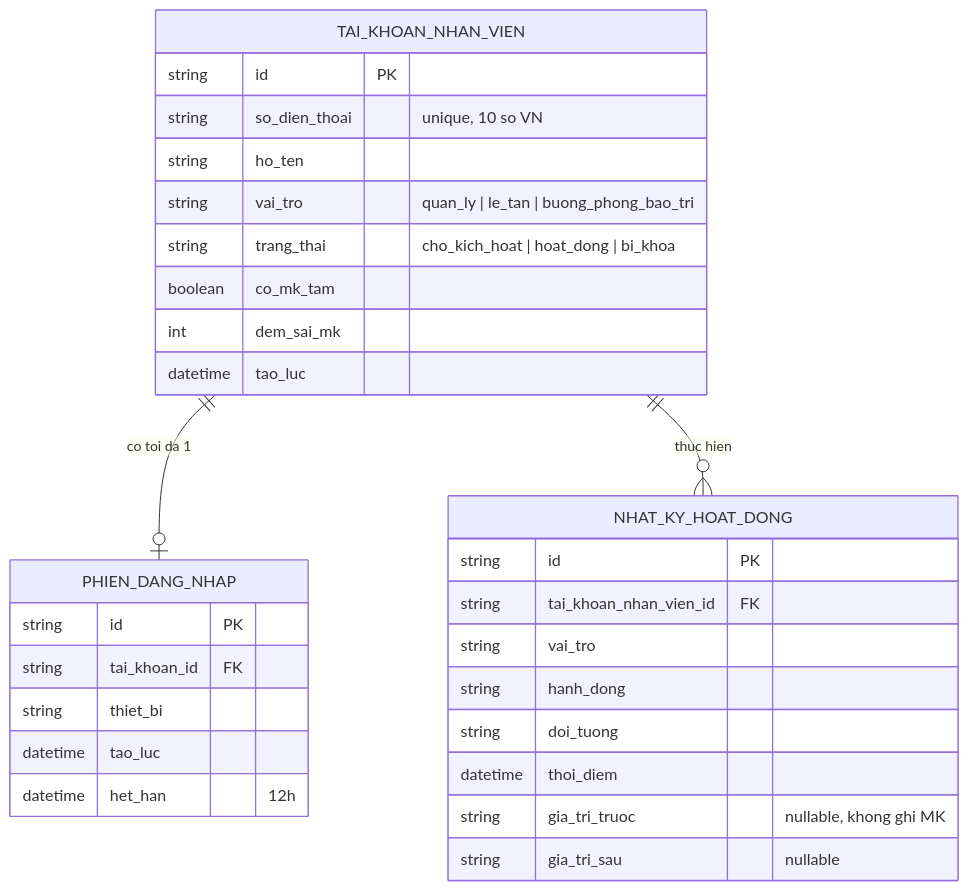
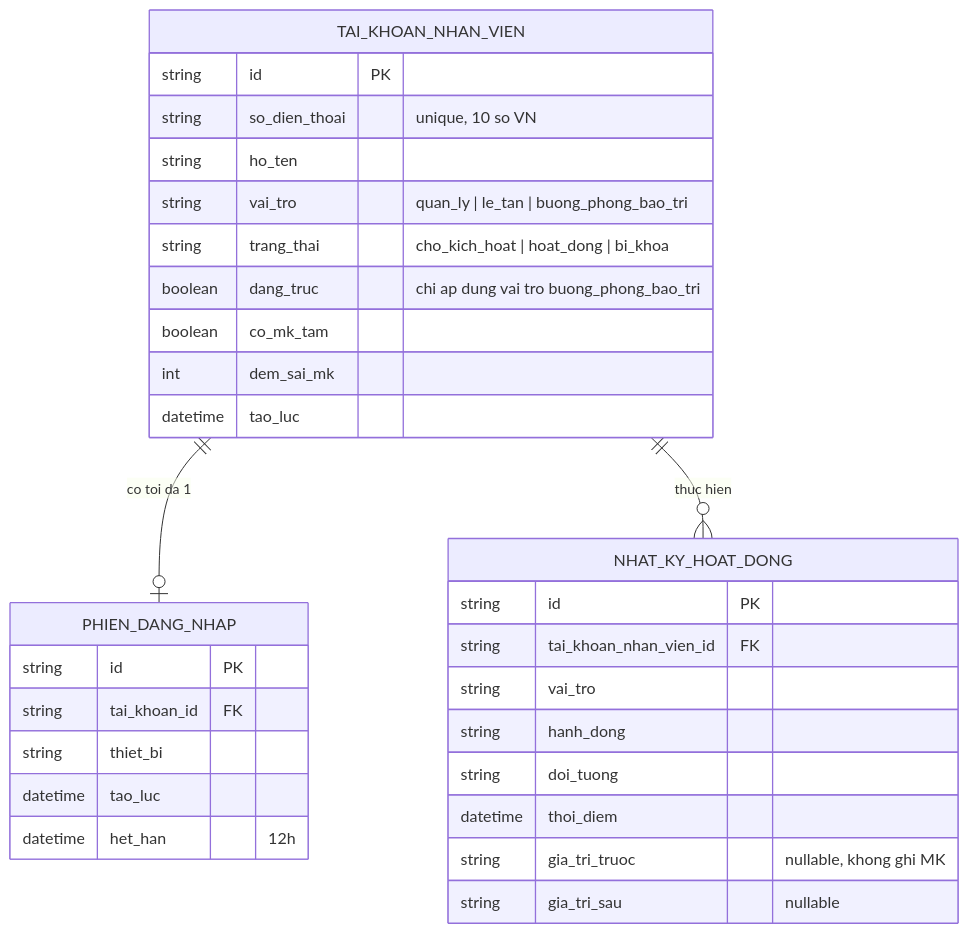
One commit to DatTran26/khachsan-di-dong changed the diagram in docs/features/auth-roles/srs/auth-roles-erd.md. Above: the diagram before and after it, drawn with Mermaid. The commit also changed other lines of this file and 101 other files, not shown here.

````diff
--- a/docs/features/auth-roles/srs/auth-roles-erd.md
+++ b/docs/features/auth-roles/srs/auth-roles-erd.md
@@ -12,32 +12,33 @@
 ```mermaid
 erDiagram
   TAI_KHOAN_NHAN_VIEN ||--o| PHIEN_DANG_NHAP : "co toi da 1"
   TAI_KHOAN_NHAN_VIEN ||--o{ NHAT_KY_HOAT_DONG : "thuc hien"
   TAI_KHOAN_NHAN_VIEN {
     string id PK
     string so_dien_thoai "unique, 10 so VN"
     string ho_ten
     string vai_tro "quan_ly | le_tan | buong_phong_bao_tri"
     string trang_thai "cho_kich_hoat | hoat_dong | bi_khoa"
+    boolean dang_truc "chi ap dung vai tro buong_phong_bao_tri"
     boolean co_mk_tam
     int dem_sai_mk
     datetime tao_luc
   }
   PHIEN_DANG_NHAP {
     string id PK
     string tai_khoan_id FK
     string thiet_bi
     datetime tao_luc
     datetime het_han "12h"
   }
   NHAT_KY_HOAT_DONG {
     string id PK
     string tai_khoan_nhan_vien_id FK
     string vai_tro
     string hanh_dong
     string doi_tuong
     datetime thoi_diem
     string gia_tri_truoc "nullable, khong ghi MK"
     string gia_tri_sau "nullable"
   }
 ```
````
